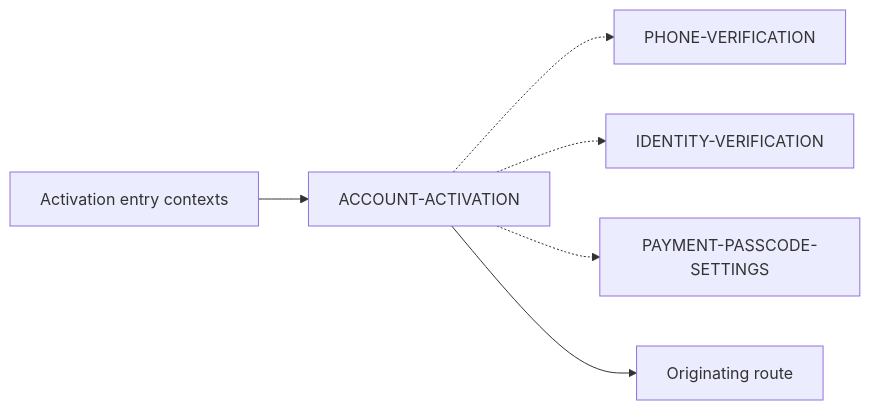
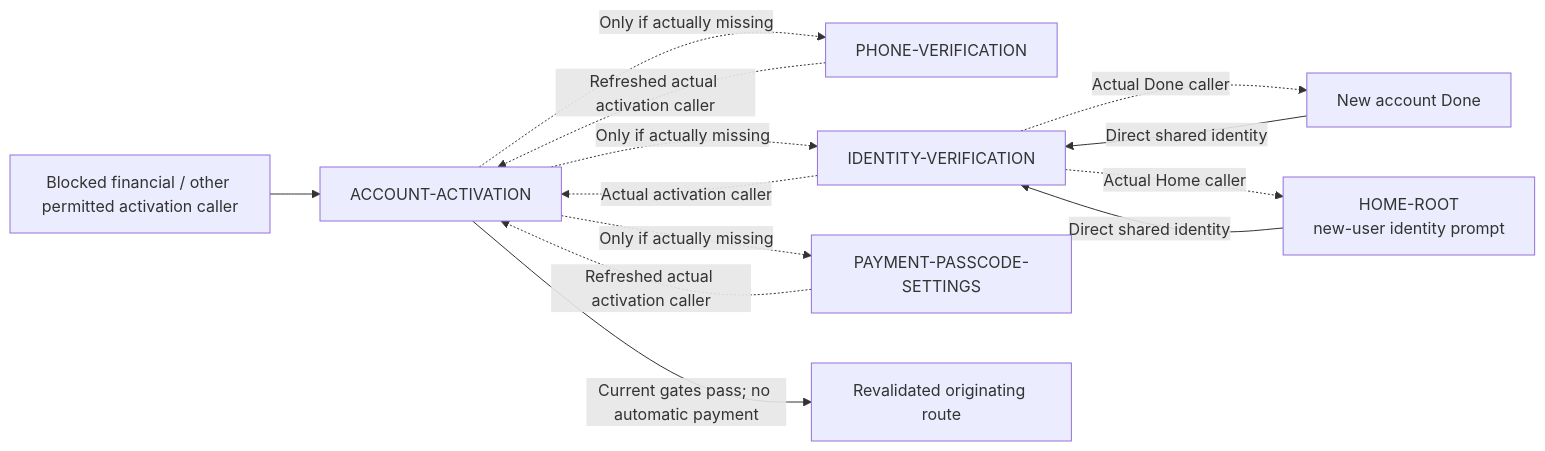
The diagram in docs/diagrams/routes/payplus-account-activation-route-map.md (adminpayplus/payplus-docs), drawn with Mermaid before and after one commit. The commit also changed other lines of this file and 25 other files, not shown here.

````diff
--- a/docs/diagrams/routes/payplus-account-activation-route-map.md
+++ b/docs/diagrams/routes/payplus-account-activation-route-map.md
@@ -9,10 +9,15 @@
 ```mermaid
 flowchart LR
-  ENTRY["Activation entry contexts"] --> ACTIVATION["ACCOUNT-ACTIVATION"]
-
-  ACTIVATION -.-> PHONE["PHONE-VERIFICATION"]
-  ACTIVATION -.-> IDENTITY["IDENTITY-VERIFICATION"]
-  ACTIVATION -.-> PASSCODE["PAYMENT-PASSCODE-SETTINGS"]
-
-  ACTIVATION --> RETURN["Originating route"]
+  ENTRY["Blocked financial / other permitted activation caller"] --> ACTIVATION["ACCOUNT-ACTIVATION"]
+  ACTIVATION -. "Only if actually missing" .-> PHONE["PHONE-VERIFICATION"]
+  ACTIVATION -. "Only if actually missing" .-> IDENTITY["IDENTITY-VERIFICATION"]
+  ACTIVATION -. "Only if actually missing" .-> PASSCODE["PAYMENT-PASSCODE-SETTINGS"]
+  PHONE -. "Refreshed actual activation caller" .-> ACTIVATION
+  IDENTITY -. "Actual activation caller" .-> ACTIVATION
+  PASSCODE -. "Refreshed actual activation caller" .-> ACTIVATION
+  ACTIVATION -->|"Current gates pass; no automatic payment"| RETURN["Revalidated originating route"]
+  DONE["New account Done"] -->|"Direct shared identity"| IDENTITY
+  HOME["HOME-ROOT<br/>new-user identity prompt"] -->|"Direct shared identity"| IDENTITY
+  IDENTITY -. "Actual Done caller" .-> DONE
+  IDENTITY -. "Actual Home caller" .-> HOME
 ```
````
